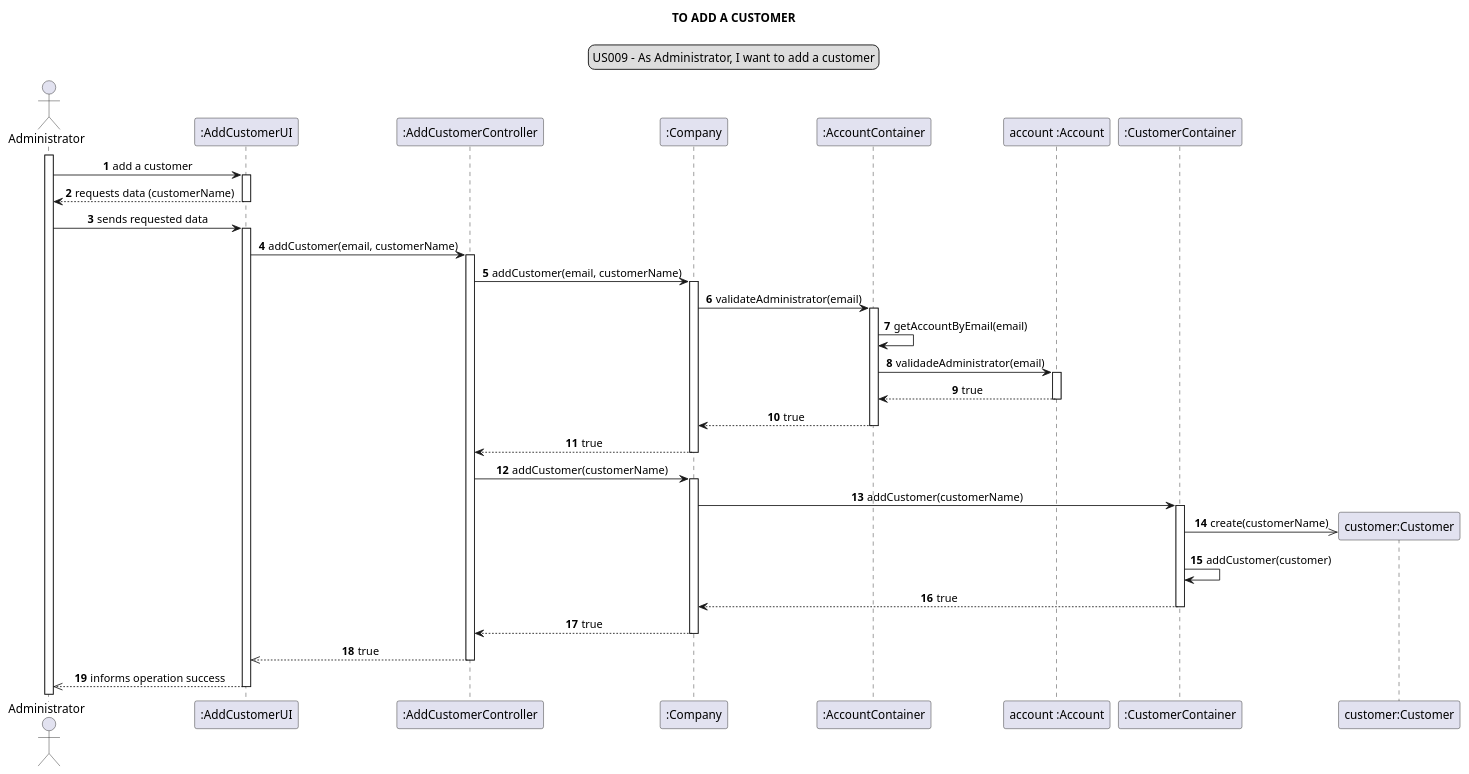
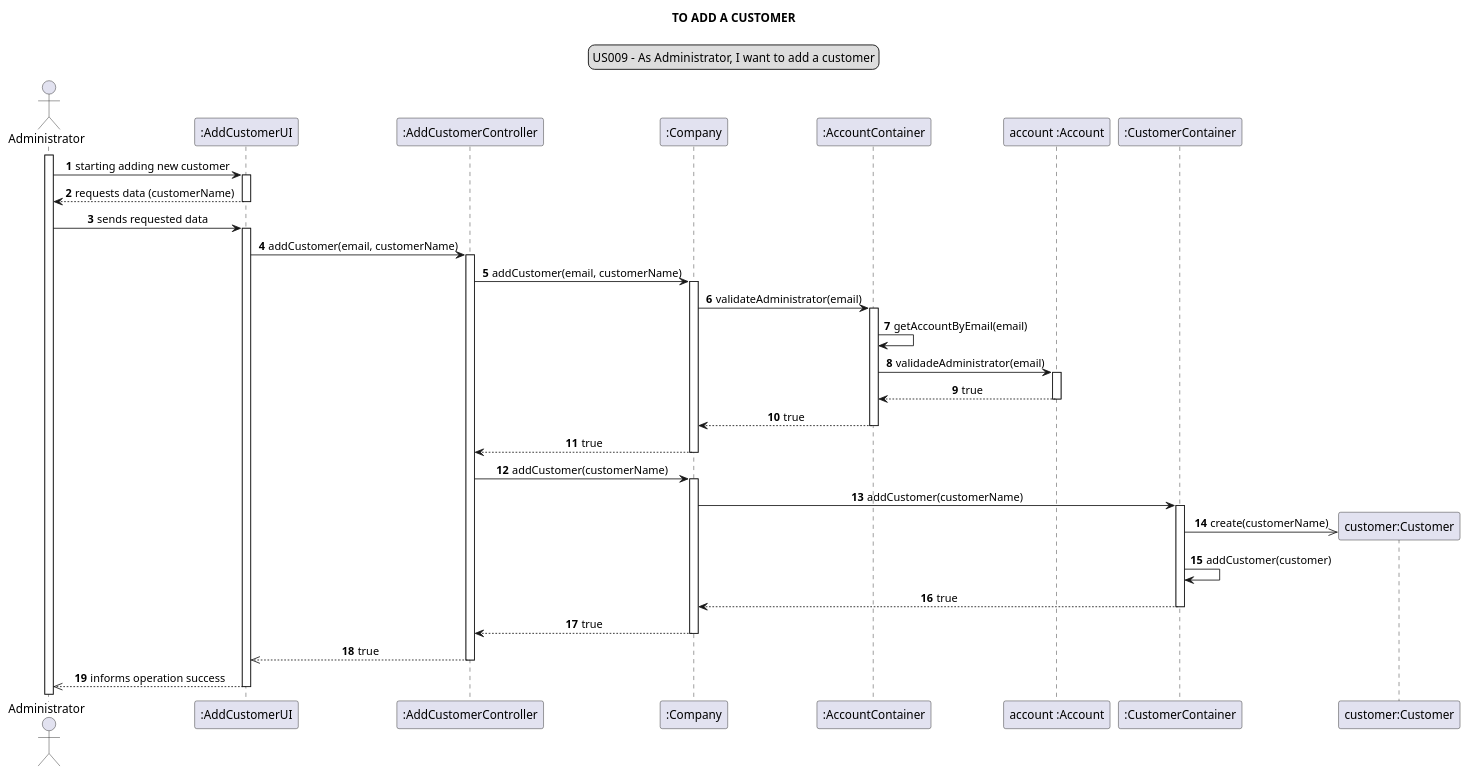
Before and after one commit to Loracline/project_switch_22-23: the diagram in docs/modelling_design/user_stories/sprint02/us009/US009_sequenceDiagram.puml, drawn with PlantUML. The commit also changed 2 other files, not shown here.

Commit message:
US009: Refinement Sequence Diagram, Update SSD to final version & export to .png

```diff
--- a/docs/modelling_design/user_stories/sprint02/us009/US009_sequenceDiagram.puml
+++ b/docs/modelling_design/user_stories/sprint02/us009/US009_sequenceDiagram.puml
@@ -1,57 +1,57 @@
 @startuml
 skinparam sequenceMessageAlign center
 title TO ADD A CUSTOMER
 legend top
 US009 - As Administrator, I want to add a customer
 end legend
 autonumber
 actor Administrator
 participant ":AddCustomerUI" as ui
 participant ":AddCustomerController" as controller
 participant ":Company" as company
 participant ":AccountContainer" as accContainer
 participant "account :Account" as acc
 participant ":CustomerContainer" as container
 participant "customer:Customer" as customer
 
 activate Administrator
-Administrator -> ui: add a customer
+Administrator -> ui: starting adding new customer
 activate ui
 ui --> Administrator: requests data (customerName)
 deactivate ui
 Administrator -> ui: sends requested data
 activate ui
 ui -> controller: addCustomer(email, customerName)
 activate controller
 controller -> company: addCustomer(email, customerName)
 activate company
 company -> accContainer: validateAdministrator(email)
 activate accContainer
 accContainer -> accContainer: getAccountByEmail(email)
 accContainer -> acc: validadeAdministrator(email)
 activate acc
 acc --> accContainer: true
 deactivate acc
 accContainer --> company: true
 deactivate accContainer
 company --> controller: true
 deactivate company
 controller -> company: addCustomer(customerName)
 activate company
 company -> container: addCustomer(customerName)
 create customer
 activate container
 container ->> customer: create(customerName)
 container -> container: addCustomer(customer)
 container --> company: true
 deactivate container
 company --> controller: true
 deactivate company
 
 
 controller -->> ui: true
 deactivate controller
 ui -->>Administrator: informs operation success
 deactivate ui
 
 @enduml
```
